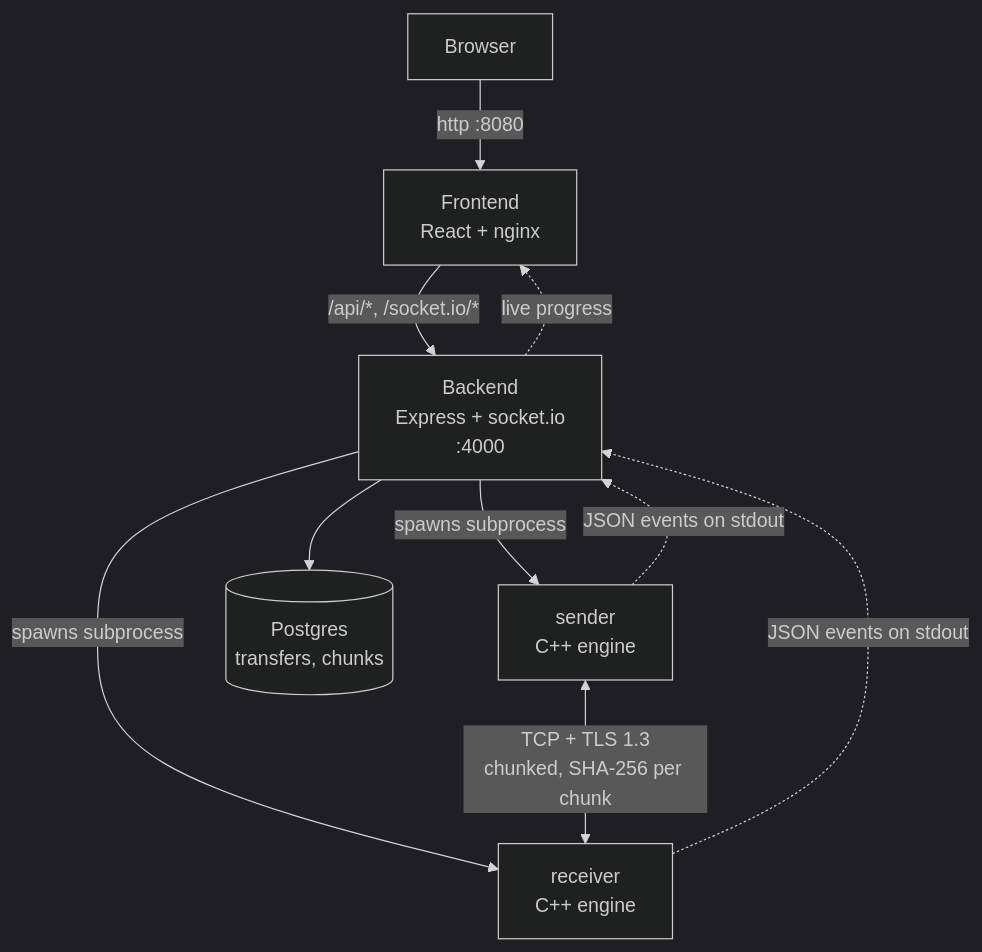
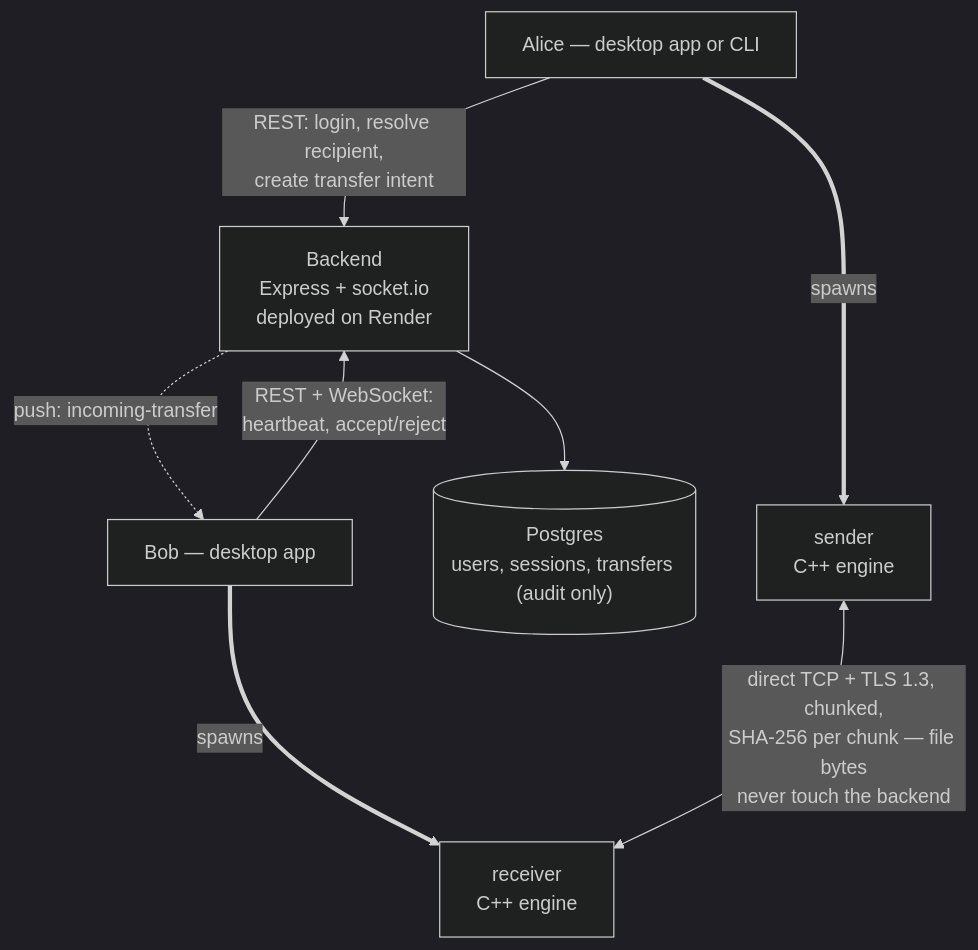
One commit to Aditya-Karn234/PeerPayload changed the diagram in README.md. Above: the diagram before and after it, drawn with Mermaid (dark theme). The commit also changed other lines of this file, not shown here.

First line of the commit message:
Rewrite README for the current PeerPayload architecture

````diff
--- a/README.md
+++ b/README.md
@@ -14,12 +23,11 @@
 ```mermaid
 flowchart TB
-    Browser -->|http :8080| Frontend["Frontend<br/>React + nginx"]
-    Frontend -->|"/api/*, /socket.io/*"| Backend["Backend<br/>Express + socket.io<br/>:4000"]
-    Backend -->|spawns subprocess| Sender["sender<br/>C++ engine"]
-    Backend -->|spawns subprocess| Receiver["receiver<br/>C++ engine"]
-    Sender <-->|"TCP + TLS 1.3<br/>chunked, SHA-256 per chunk"| Receiver
-    Sender -.->|JSON events on stdout| Backend
-    Receiver -.->|JSON events on stdout| Backend
-    Backend --> Postgres[("Postgres<br/>transfers, chunks")]
-    Backend -.->|live progress| Frontend
+    A["Alice — desktop app or CLI"] -->|"REST: login, resolve recipient,<br/>create transfer intent"| Backend
+    B["Bob — desktop app"] -->|"REST + WebSocket:<br/>heartbeat, accept/reject"| Backend
+    Backend["Backend<br/>Express + socket.io<br/>deployed on Render"]
+    Backend --> Postgres[("Postgres<br/>users, sessions, transfers (audit only)")]
+    Backend -.->|"push: incoming-transfer"| B
+    A ==>|spawns| SenderProc["sender<br/>C++ engine"]
+    B ==>|spawns| ReceiverProc["receiver<br/>C++ engine"]
+    SenderProc <-->|"direct TCP + TLS 1.3, chunked,<br/>SHA-256 per chunk — file bytes<br/>never touch the backend"| ReceiverProc
 ```
````
